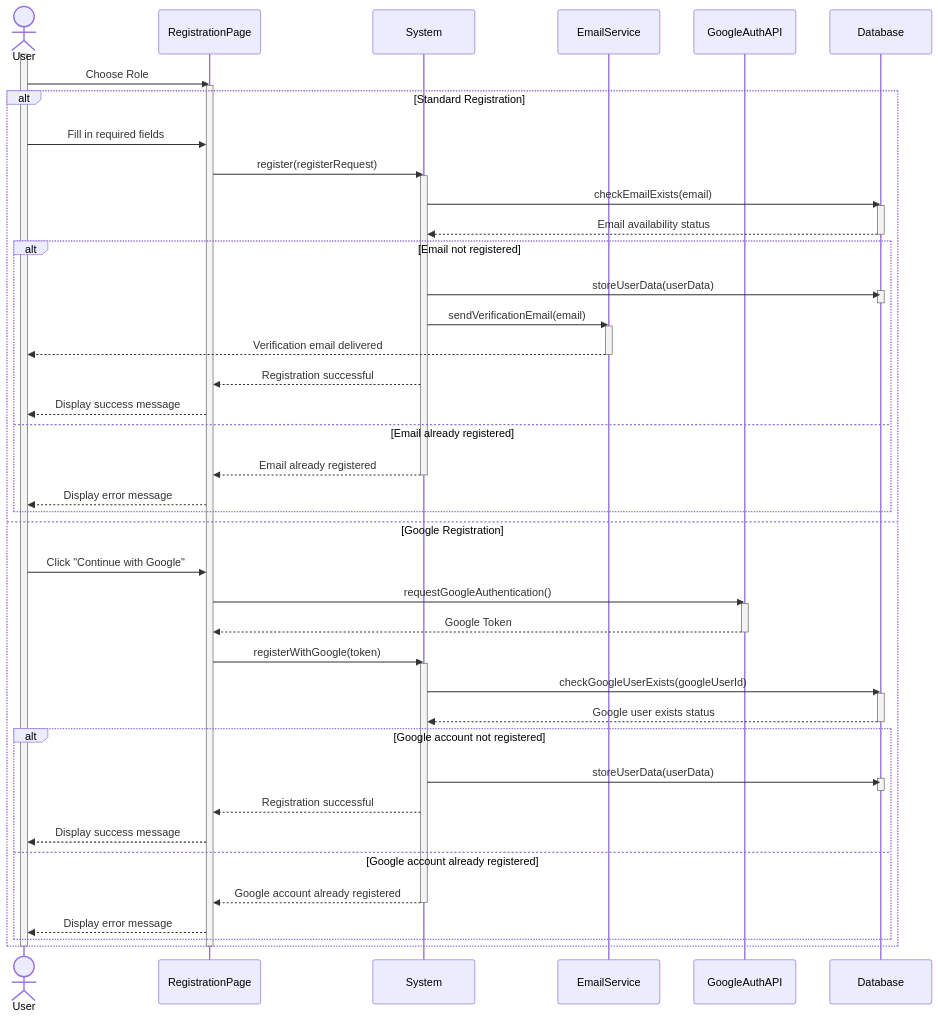
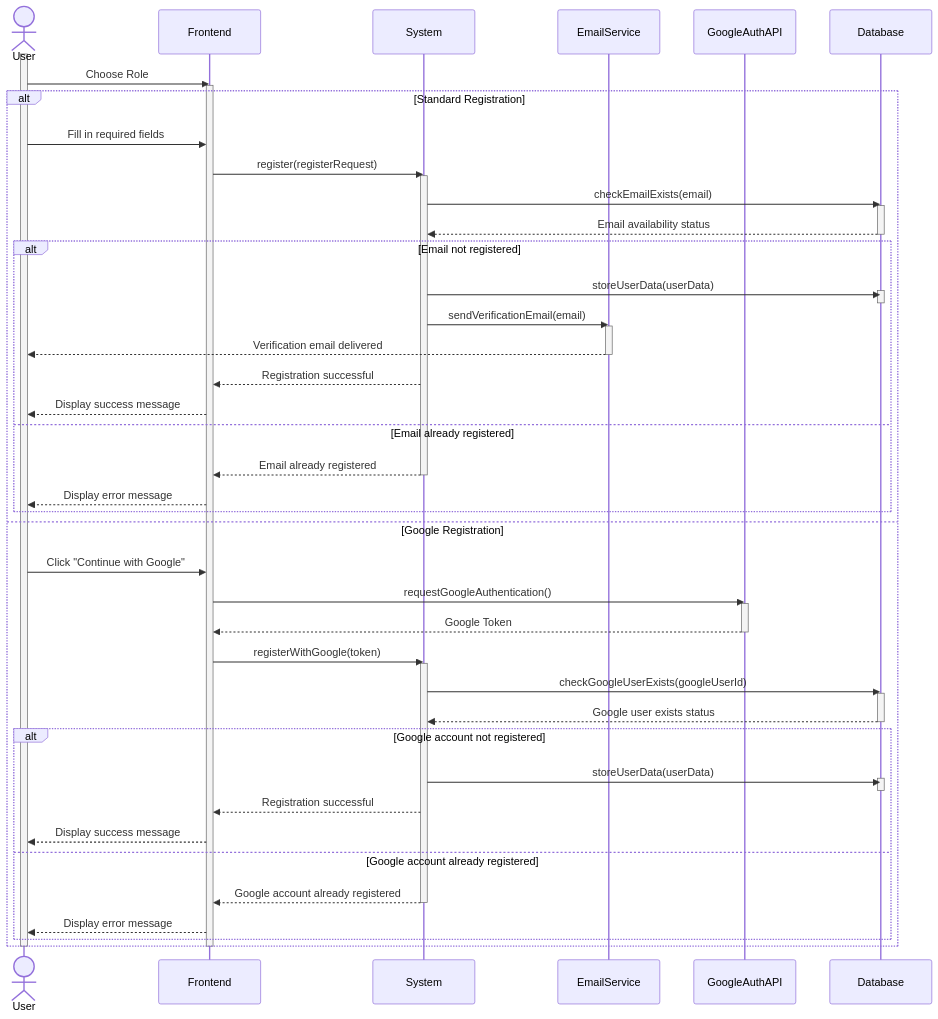
Before and after one commit to Shaar03/Diagrams: the diagram in registration.mermaid, drawn with Mermaid.

Commit message:
change participant name

```diff
--- a/registration.mermaid
+++ b/registration.mermaid
@@ -1,68 +1,68 @@
 sequenceDiagram
     actor User
-    participant RegistrationPage
+    participant Frontend
     participant System
     participant EmailService
     participant GoogleAuthAPI
     participant Database
 
     activate User
-    User->>RegistrationPage: Choose Role
-    activate RegistrationPage
+    User->>Frontend: Choose Role
+    activate Frontend
     
     alt Standard Registration
-        User->>RegistrationPage: Fill in required fields
-        RegistrationPage->>System: register(registerRequest)
+        User->>Frontend: Fill in required fields
+        Frontend->>System: register(registerRequest)
         activate System
         System->>Database: checkEmailExists(email)
         activate Database
         Database-->>System: Email availability status
         deactivate Database
         
         alt Email not registered
             System->>Database: storeUserData(userData)
             activate Database
             deactivate Database
             
             System->>EmailService: sendVerificationEmail(email)
             activate EmailService
             EmailService-->>User: Verification email delivered
             deactivate EmailService
             
-            System-->>RegistrationPage: Registration successful
-            RegistrationPage-->>User: Display success message
+            System-->>Frontend: Registration successful
+            Frontend-->>User: Display success message
         else Email already registered
-            System-->>RegistrationPage: Email already registered
+            System-->>Frontend: Email already registered
             deactivate System
-            RegistrationPage-->>User: Display error message
+            Frontend-->>User: Display error message
         end
     else Google Registration
-        User->>RegistrationPage: Click "Continue with Google"
-        RegistrationPage->>GoogleAuthAPI: requestGoogleAuthentication()
+        User->>Frontend: Click "Continue with Google"
+        Frontend->>GoogleAuthAPI: requestGoogleAuthentication()
         activate GoogleAuthAPI
-        GoogleAuthAPI-->>RegistrationPage: Google Token
+        GoogleAuthAPI-->>Frontend: Google Token
         deactivate GoogleAuthAPI
         
-        RegistrationPage->>System: registerWithGoogle(token)
+        Frontend->>System: registerWithGoogle(token)
         activate System
         System->>Database: checkGoogleUserExists(googleUserId)
         activate Database
         Database-->>System: Google user exists status
         deactivate Database
         
         alt Google account not registered
             System->>Database: storeUserData(userData)
             activate Database
             deactivate Database
             
-            System-->>RegistrationPage: Registration successful
-            RegistrationPage-->>User: Display success message
+            System-->>Frontend: Registration successful
+            Frontend-->>User: Display success message
         else Google account already registered
-            System-->>RegistrationPage: Google account already registered
+            System-->>Frontend: Google account already registered
             deactivate System
-            RegistrationPage-->>User: Display error message
+            Frontend-->>User: Display error message
         end
     end
     
-    deactivate RegistrationPage
+    deactivate Frontend
     deactivate User
```
